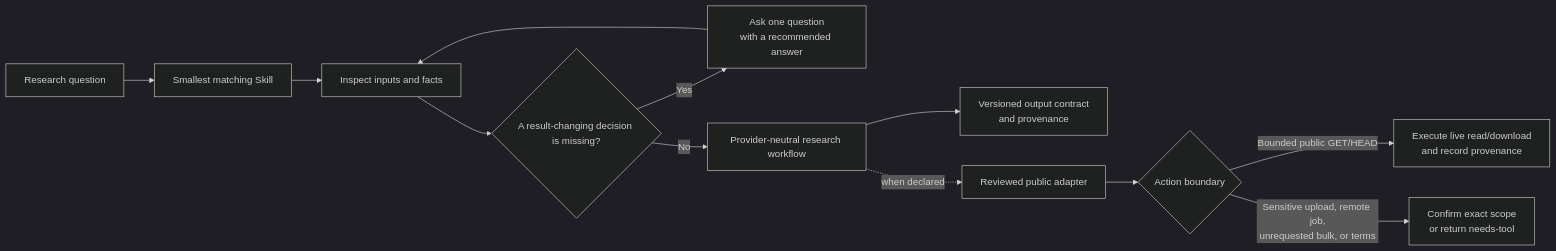
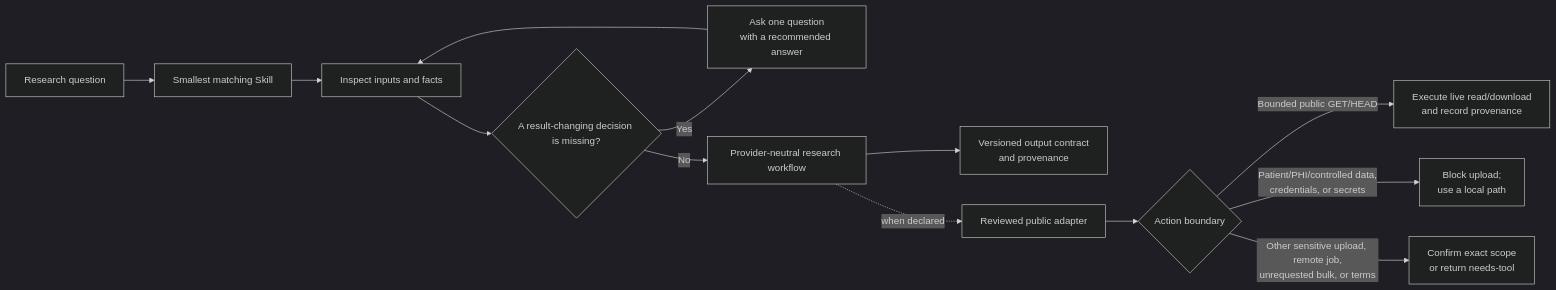
The diagram in README.md (SteveTangent/goose-bio-skills), drawn with Mermaid (dark theme) before and after one commit. The commit also changed other lines of this file and 71 other files, not shown here.

````diff
--- a/README.md
+++ b/README.md
@@ -22,14 +22,15 @@
 ```mermaid
 flowchart LR
     Q["Research question"] --> S["Smallest matching Skill"]
     S --> F["Inspect inputs and facts"]
     F --> D{"A result-changing decision is missing?"}
     D -- "Yes" --> A["Ask one question<br/>with a recommended answer"]
     A --> F
     D -- "No" --> C["Provider-neutral research workflow"]
     C --> O["Versioned output contract<br/>and provenance"]
     C -. "when declared" .-> X["Reviewed public adapter"]
     X --> T{"Action boundary"}
     T -- "Bounded public GET/HEAD" --> P["Execute live read/download<br/>and record provenance"]
-    T -- "Sensitive upload, remote job,<br/>unrequested bulk, or terms" --> H["Confirm exact scope<br/>or return needs-tool"]
+    T -- "Patient/PHI/controlled data,<br/>credentials, or secrets" --> B["Block upload;<br/>use a local path"]
+    T -- "Other sensitive upload, remote job,<br/>unrequested bulk, or terms" --> H["Confirm exact scope<br/>or return needs-tool"]
 ```
````
